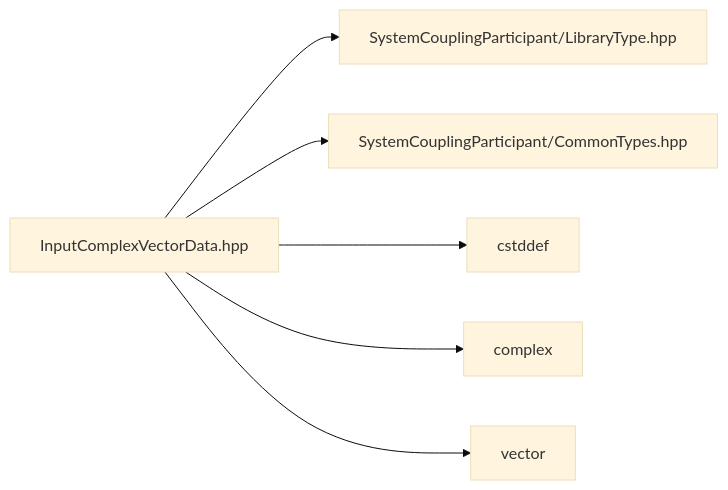
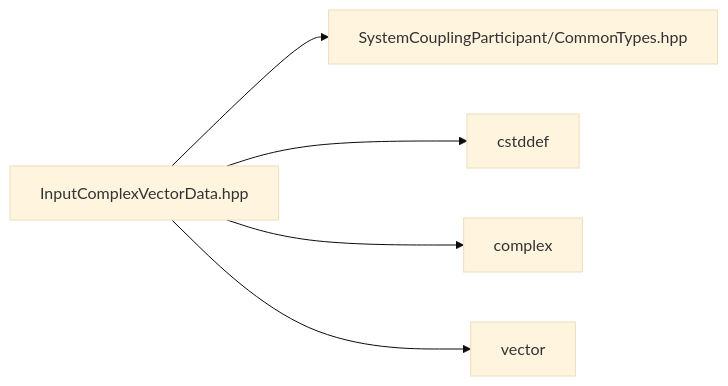
One commit to ansys/DevRelDocs changed the diagram in 2026R1/system-coupling-26-r1/articles/cpp-reference/InputComplexVectorData_8hpp.md. Above: the diagram before and after it, drawn with Mermaid (base theme). The commit also changed other lines of this file and 377 other files, not shown here.

````diff
--- a/2026R1/system-coupling-26-r1/articles/cpp-reference/InputComplexVectorData_8hpp.md
+++ b/2026R1/system-coupling-26-r1/articles/cpp-reference/InputComplexVectorData_8hpp.md
@@ -27,21 +27,18 @@
 ```mermaid
 graph LR
 1["InputComplexVectorData.hpp"]
 click 1 "InputComplexVectorData_8hpp.md#InputComplexVectorData_8hpp"
 1 --> 2
 1 --> 3
 1 --> 4
 1 --> 5
-1 --> 6
 
-3["SystemCouplingParticipant/CommonTypes.hpp"]
+2["SystemCouplingParticipant/CommonTypes.hpp"]
 
-6["vector"]
+4["complex"]
 
-2["SystemCouplingParticipant/LibraryType.hpp"]
+3["cstddef"]
 
-4["cstddef"]
-
-5["complex"]
+5["vector"]
 
 ```
````
